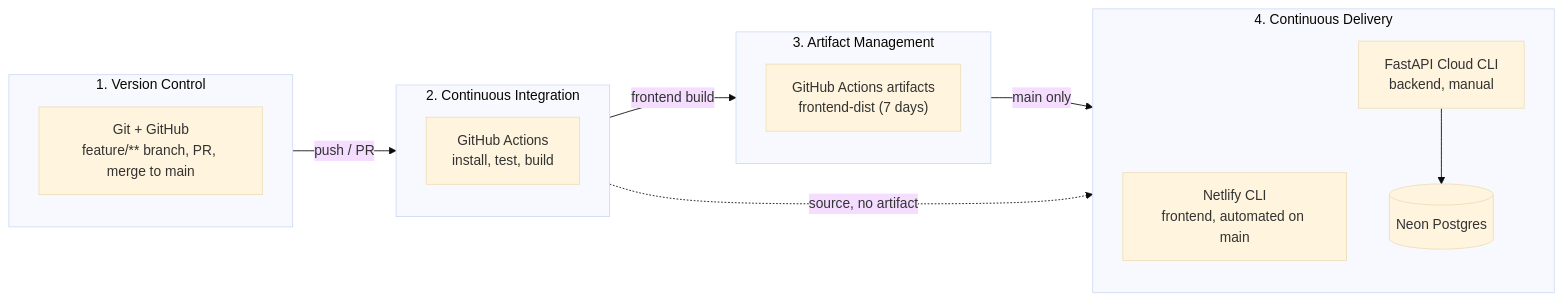
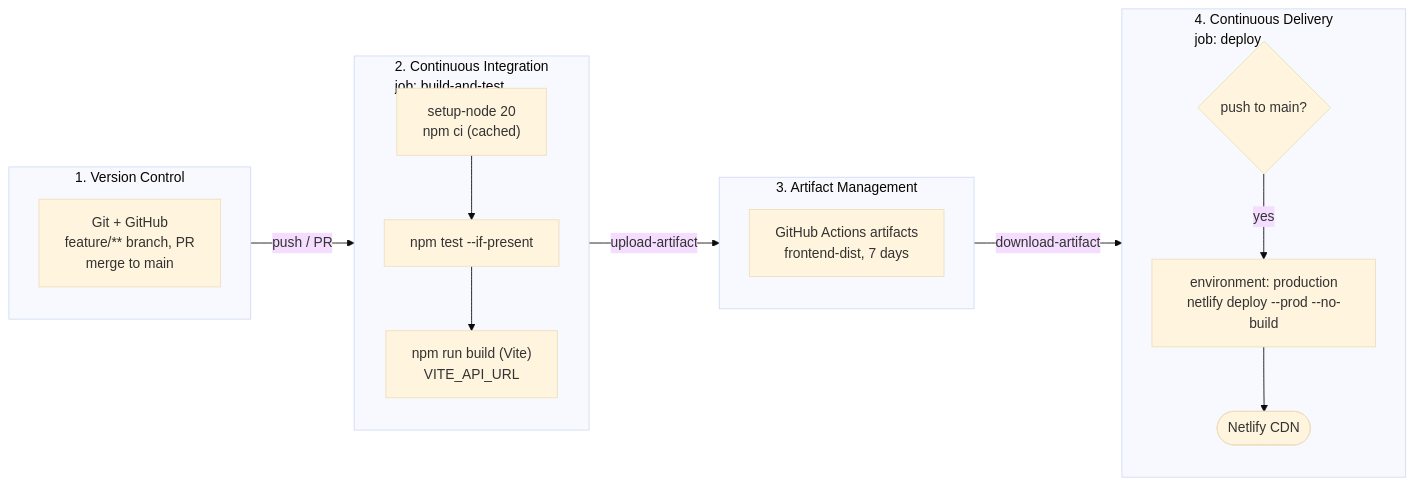
One commit to eduardopiairo/super-inspections changed the first of 2 diagrams in docs/cicd-pipeline.md. Above: the diagram before and after it, drawn with Mermaid (base theme). The commit also changed other lines of this file, not shown here.

Commit message:
split btween frontend pipeline and backend pipeline

````diff
--- a/docs/cicd-pipeline.md
+++ b/docs/cicd-pipeline.md
@@ -10,30 +13,28 @@
 ```mermaid
 flowchart LR
     subgraph vc["1. Version Control"]
         direction TB
-        git["Git + GitHub<br/>feature/** branch, PR, merge to main"]
+        git["Git + GitHub<br/>feature/** branch, PR<br/>merge to main"]
     end
 
-    subgraph ci["2. Continuous Integration"]
+    subgraph ci["2. Continuous Integration<br/>job: build-and-test"]
         direction TB
-        cibuild["GitHub Actions<br/>install, test, build"]
+        c1["setup-node 20<br/>npm ci (cached)"] --> c2["npm test --if-present"]
+        c2 --> c3["npm run build (Vite)<br/>VITE_API_URL"]
     end
 
     subgraph am["3. Artifact Management"]
         direction TB
-        store["GitHub Actions artifacts<br/>frontend-dist (7 days)"]
+        store["GitHub Actions artifacts<br/>frontend-dist, 7 days"]
     end
 
-    subgraph cd["4. Continuous Delivery"]
+    subgraph cd["4. Continuous Delivery<br/>job: deploy"]
         direction TB
-        fe["Netlify CLI<br/>frontend, automated on main"]
-        be["FastAPI Cloud CLI<br/>backend, manual"]
-        db[("Neon Postgres")]
-        be --> db
+        g{"push to main?"} -- yes --> d1["environment: production<br/>netlify deploy --prod --no-build"]
+        d1 --> live(["Netlify CDN"])
     end
 
     vc -->|push / PR| ci
-    ci -->|frontend build| am
-    am -->|main only| fe
-    ci -.->|source, no artifact| be
+    ci -->|upload-artifact| am
+    am -->|download-artifact| g
 ```
````
